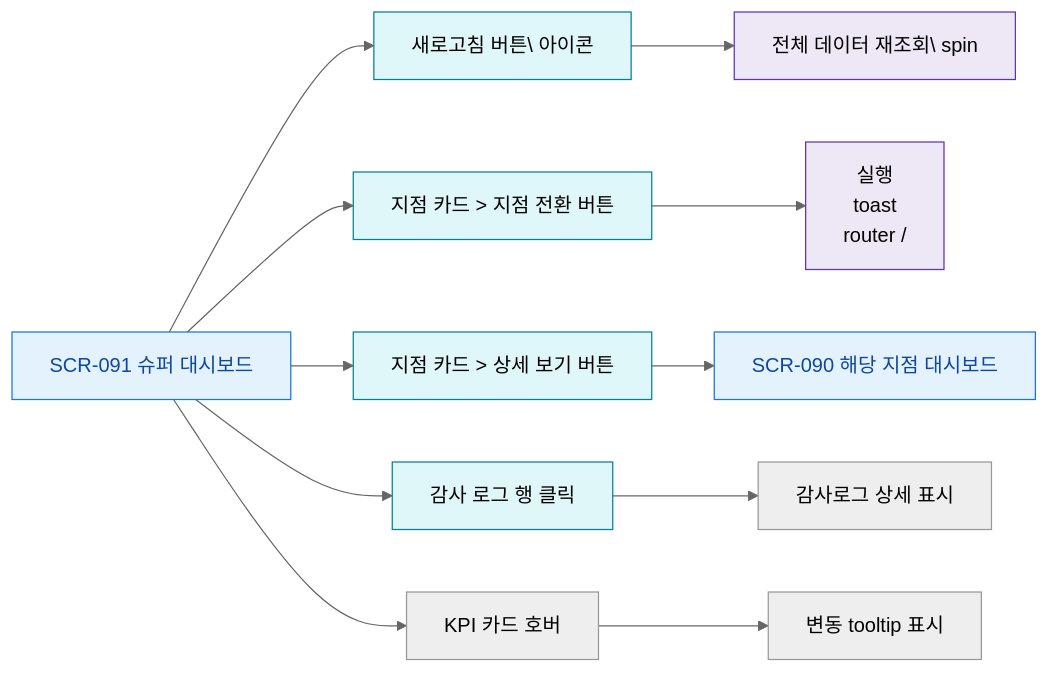
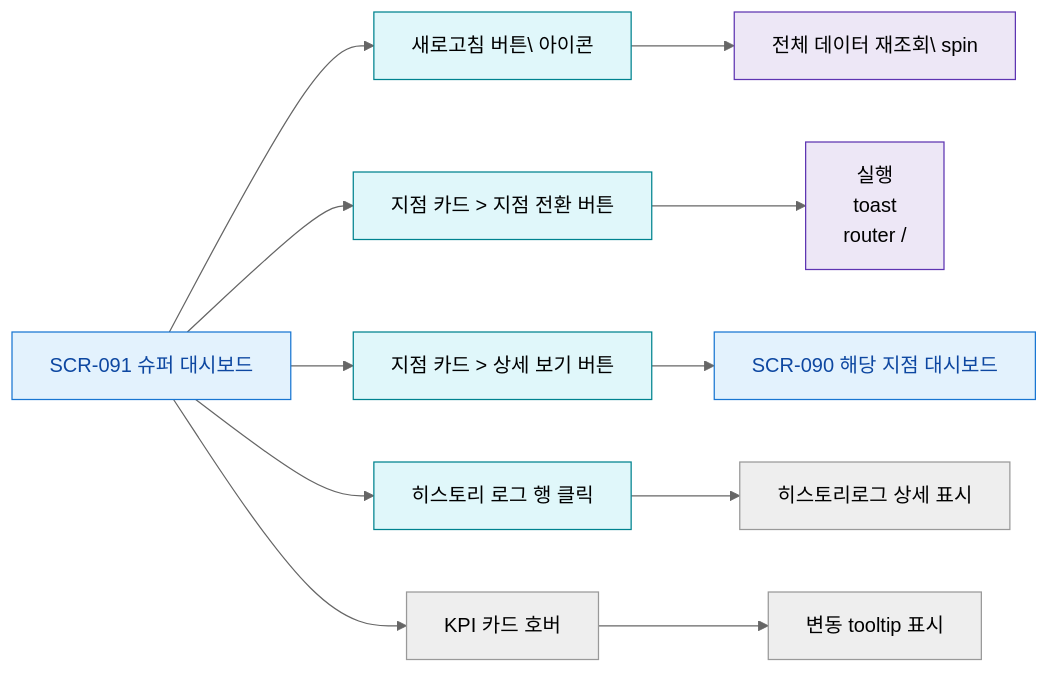
The diagram in docs/admin/다이어그램/D10_본사관리/SCR-091_슈퍼대시보드/F3_버튼액션.md (dev-spogym/admin-pando), drawn with Mermaid (neutral theme) before and after one commit. The commit also changed 442 other files, not shown here.

````diff
--- a/docs/admin/다이어그램/D10_본사관리/SCR-091_슈퍼대시보드/F3_버튼액션.md
+++ b/docs/admin/다이어그램/D10_본사관리/SCR-091_슈퍼대시보드/F3_버튼액션.md
@@ -12,24 +12,24 @@
 ```mermaid
 flowchart LR
   SCR_091[SCR-091 슈퍼 대시보드]
 
   SCR_091 --> BTN_REFRESH[새로고침 버튼\ 아이콘]
   SCR_091 --> BTN_SWITCH[지점 카드 > 지점 전환 버튼]
   SCR_091 --> BTN_DETAIL[지점 카드 > 상세 보기 버튼]
-  SCR_091 --> BTN_AUDIT[감사 로그 행 클릭]
+  SCR_091 --> BTN_AUDIT[히스토리 로그 행 클릭]
   SCR_091 --> BTN_KPI_CARD[KPI 카드 호버]
 
   BTN_REFRESH --> ACT_RELOAD[전체 데이터 재조회\ spin]
   BTN_SWITCH --> ACT_SWITCH[실행\ntoast\nrouter /]
   BTN_DETAIL --> SCR_090[SCR-090 해당 지점 대시보드]
-  BTN_AUDIT --> ACT_AUDIT[감사로그 상세 표시]
+  BTN_AUDIT --> ACT_AUDIT[히스토리로그 상세 표시]
   BTN_KPI_CARD --> ACT_TOOLTIP[변동 tooltip 표시]
 
   classDef screen fill:#E3F2FD,stroke:#1976D2,color:#0D47A1
   classDef system fill:#EDE7F6,stroke:#5E35B2
   classDef action fill:#E0F7FA,stroke:#00838F
 
   class SCR_091,SCR_090 screen
   class ACT_SWITCH,ACT_RELOAD system
   class BTN_REFRESH,BTN_SWITCH,BTN_DETAIL,BTN_AUDIT action
 ```
````
